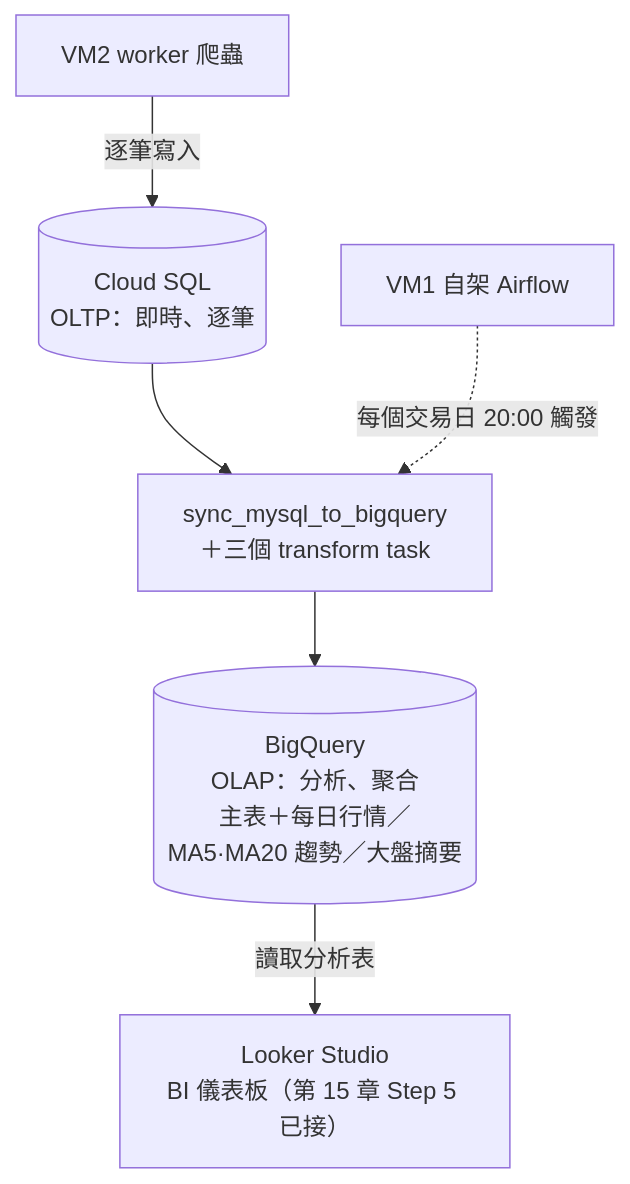
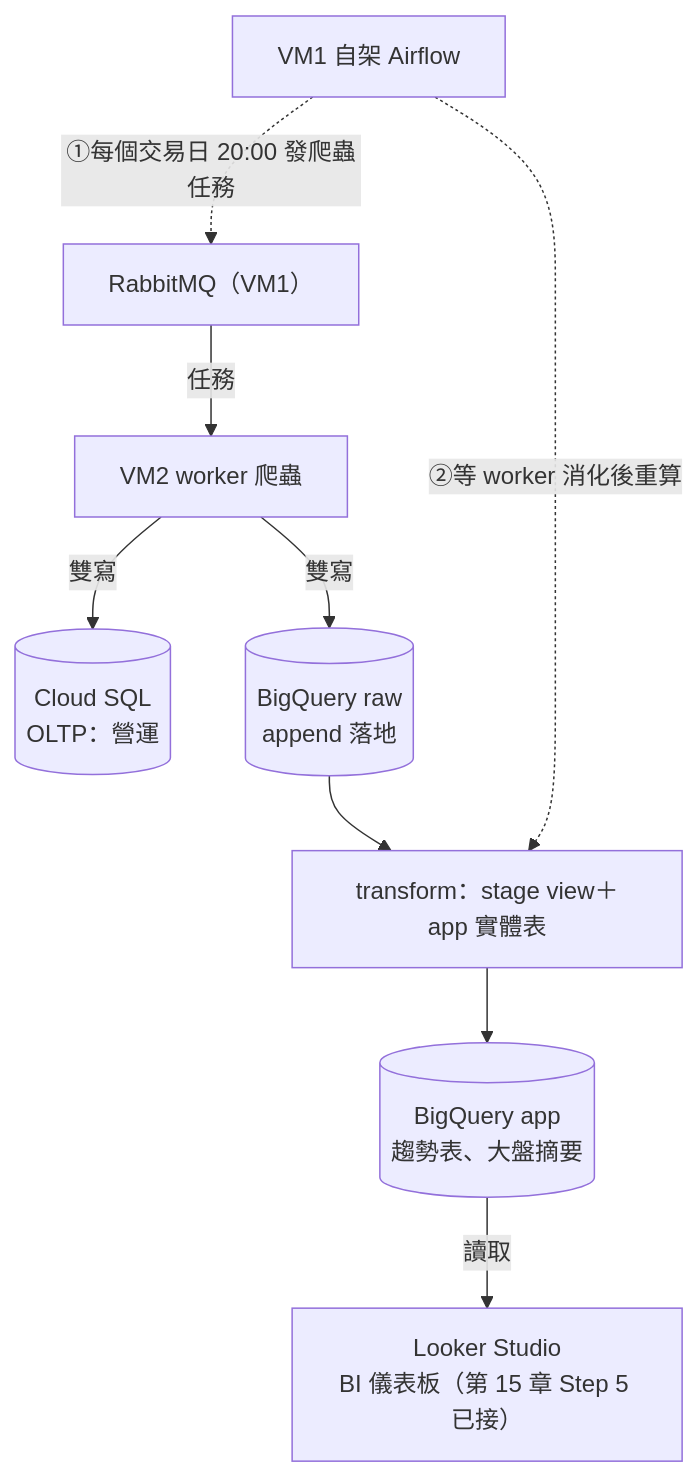
The diagram in 課程手冊/課程手冊17 - 每日資料線_Airflow排程與Composer.md (lu791019/stock-crawler-de-course-materials), drawn with Mermaid before and after one commit. The commit also changed other lines of this file and 1 other file, not shown here.

Commit message:
docs: 手冊17 大改——每日線改雙寫版（DAG 六 task：發任務→等待→重算 stage/app，無搬運 task）、資料線圖與三層新鮮度表、開工 SOP scopes 改驗證制（舊 VM 補改當排錯）、移除取消註解步驟、Part B 驗證改三層查詢（VM 端到端：兩次 run success/raw 6975→13945/stage 4881 去重穩定/app 重算）、Composer 段對齊新 DAG（RABBITMQ_HOST＋5672 臨時防火牆）、T-1/檢查表/想一想/排錯/清理表/總結同步

````diff
--- a/課程手冊/課程手冊17 - 每日資料線_Airflow排程與Composer.md
+++ b/課程手冊/課程手冊17 - 每日資料線_Airflow排程與Composer.md
@@ -33,8 +34,11 @@
 ```mermaid
 flowchart TD
-    W["VM2 worker 爬蟲"] -->|逐筆寫入| SQL[("Cloud SQL<br/>OLTP：即時、逐筆")]
-    SQL --> SYNC["sync_mysql_to_bigquery<br/>＋三個 transform task"]
-    SYNC --> BQ[("BigQuery<br/>OLAP：分析、聚合<br/>主表＋每日行情／MA5·MA20 趨勢／大盤摘要")]
-    BQ -->|讀取分析表| LS["Looker Studio<br/>BI 儀表板（第 15 章 Step 5 已接）"]
-    AF["VM1 自架 Airflow"] -.->|每個交易日 20:00 觸發| SYNC
+    AF["VM1 自架 Airflow"] -.->|"①每個交易日 20:00 發爬蟲任務"| MQ["RabbitMQ（VM1）"]
+    MQ -->|任務| W["VM2 worker 爬蟲"]
+    W -->|雙寫| SQL[("Cloud SQL<br/>OLTP：營運")]
+    W -->|雙寫| RAW[("BigQuery raw<br/>append 落地")]
+    AF -.->|"②等 worker 消化後重算"| T["transform：stage view＋app 實體表"]
+    T --> APP[("BigQuery app<br/>趨勢表、大盤摘要")]
+    APP -->|讀取| LS["Looker Studio<br/>BI 儀表板（第 15 章 Step 5 已接）"]
+    RAW --> T
 ```
````
